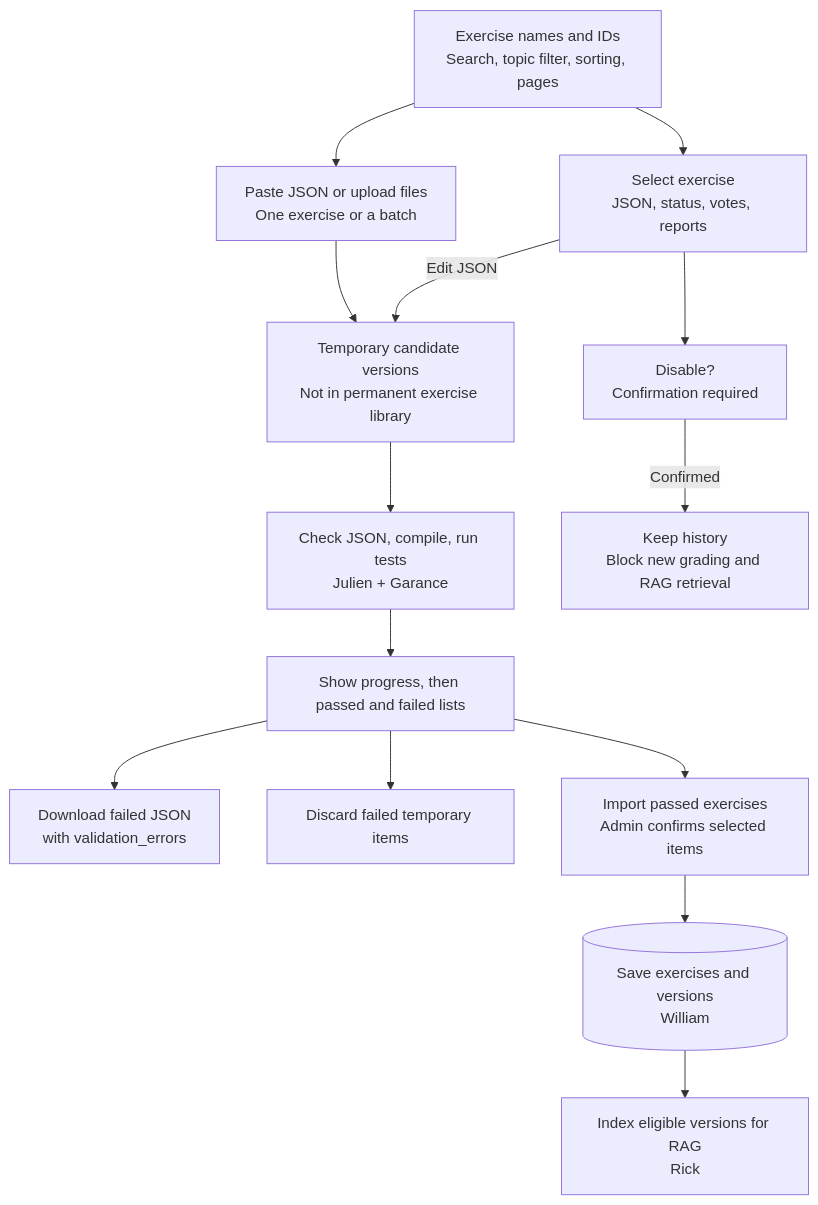
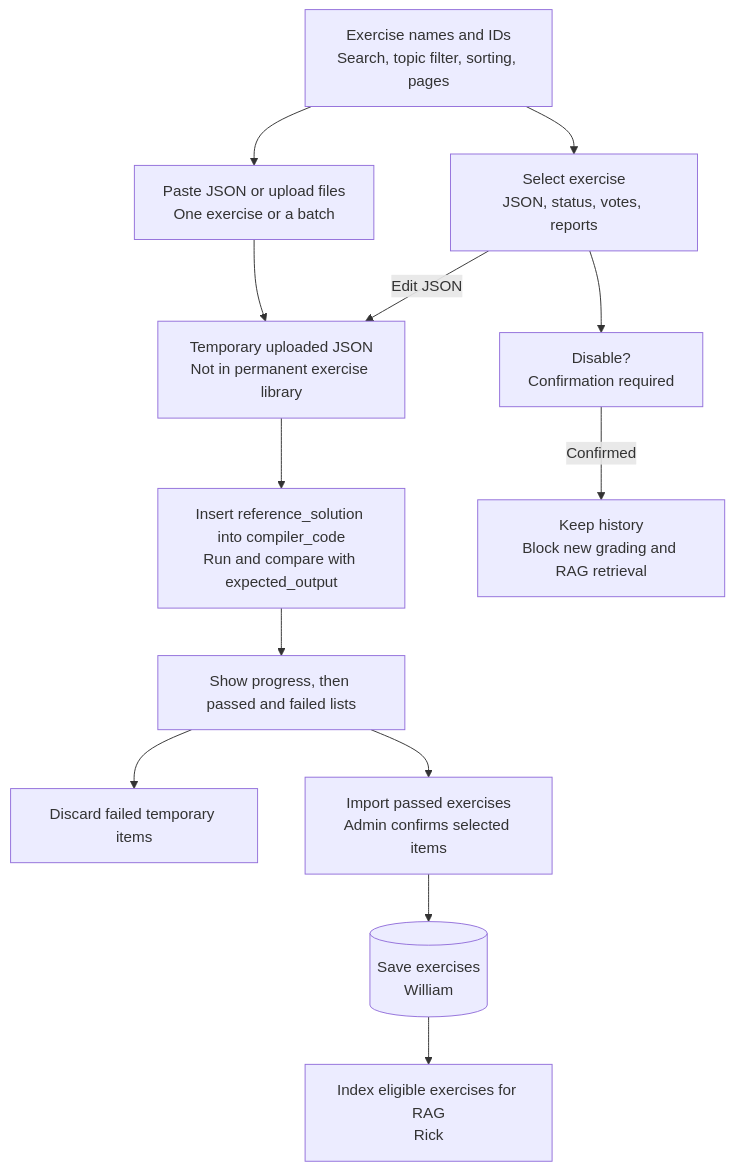
Before and after one commit to Rspinelli93/Trancendece: the diagram in option-3/Diagrams/02-admin-and-exercises.mmd, drawn with Mermaid. The commit also changed 24 other files, not shown here.

```diff
--- a/option-3/Diagrams/02-admin-and-exercises.mmd
+++ b/option-3/Diagrams/02-admin-and-exercises.mmd
@@ -1,27 +1,25 @@
 flowchart TD
     List["Exercise names and IDs<br/>Search, topic filter, sorting, pages"]
     Detail["Select exercise<br/>JSON, status, votes, reports"]
     Input["Paste JSON or upload files<br/>One exercise or a batch"]
-    Temp["Temporary candidate versions<br/>Not in permanent exercise library"]
-    Validate["Check JSON, compile, run tests<br/>Julien + Garance"]
+    Temp["Temporary uploaded JSON<br/>Not in permanent exercise library"]
+    Validate["Insert reference_solution into compiler_code<br/>Run and compare with expected_output"]
     Results["Show progress, then passed and failed lists"]
-    Errors["Download failed JSON<br/>with validation_errors"]
     Discard["Discard failed temporary items"]
     Confirm["Import passed exercises<br/>Admin confirms selected items"]
-    Save[("Save exercises and versions<br/>William")]
-    Index["Index eligible versions for RAG<br/>Rick"]
+    Save[("Save exercises<br/>William")]
+    Index["Index eligible exercises for RAG<br/>Rick"]
     Disable["Disable?<br/>Confirmation required"]
     Archived["Keep history<br/>Block new grading and RAG retrieval"]
     List --> Detail
     List --> Input
     Detail -->|"Edit JSON"| Temp
     Input --> Temp
     Temp --> Validate
     Validate --> Results
-    Results --> Errors
     Results --> Discard
     Results --> Confirm
     Confirm --> Save
     Save --> Index
     Detail --> Disable
     Disable -->|"Confirmed"| Archived
```
